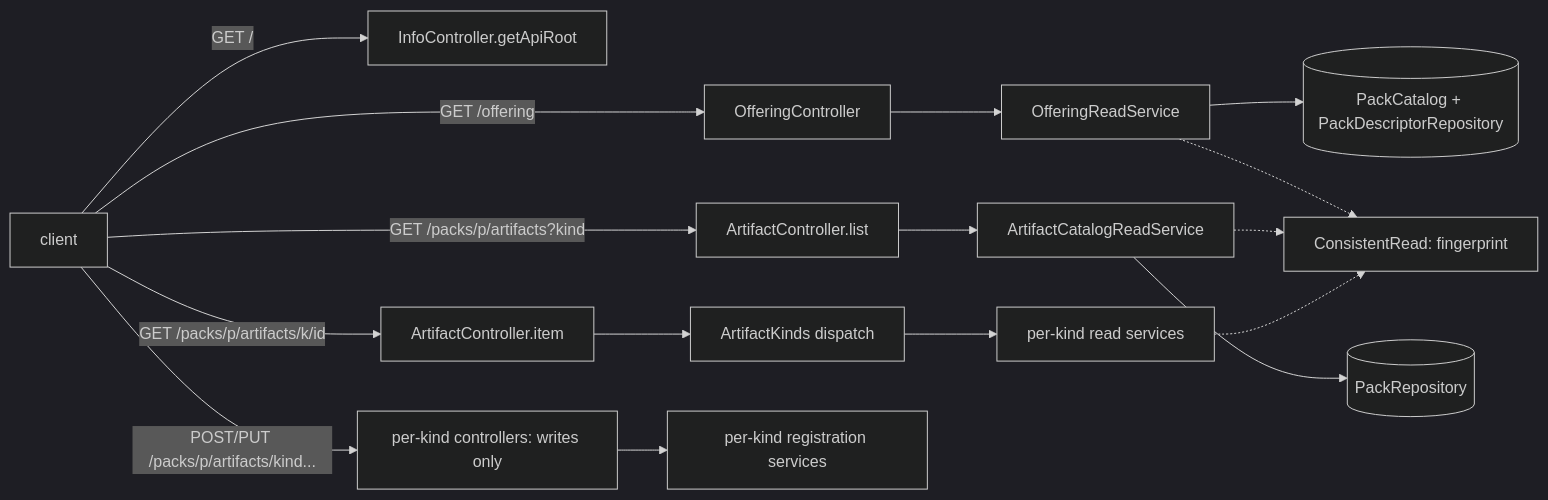
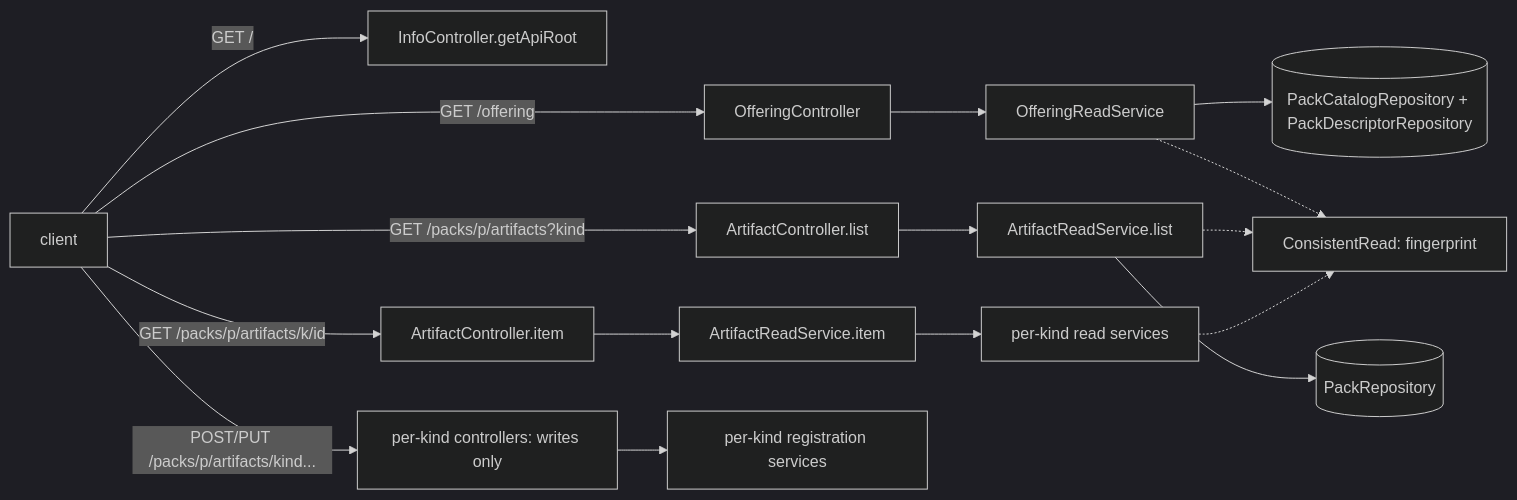
One commit to spec-kitty/spec-kitty-charter changed the diagram in kitty-specs/gate-a-read-surface-01M691ND/plan.md. Above: the diagram before and after it, drawn with Mermaid (dark theme). The commit also changed other lines of this file and 2 other files, not shown here.

First line of the commit message:
plan(gate-a-read-surface): fold analyze findings I1-I3, U1

````diff
--- a/kitty-specs/gate-a-read-surface-01M691ND/plan.md
+++ b/kitty-specs/gate-a-read-surface-01M691ND/plan.md
@@ -127,13 +127,13 @@
 ```mermaid
 flowchart LR
   C[client] -->|GET /| R[InfoController.getApiRoot]
   C -->|GET /offering| O[OfferingController]
   C -->|GET /packs/p/artifacts?kind| AL[ArtifactController.list]
   C -->|GET /packs/p/artifacts/k/id| AI[ArtifactController.item]
   C -->|POST/PUT /packs/p/artifacts/kind...| W[per-kind controllers: writes only]
-  O --> ORS[OfferingReadService] --> PC[(PackCatalog + PackDescriptorRepository)]
-  AL --> ACR[ArtifactCatalogReadService] --> PR[(PackRepository)]
-  AI --> K[ArtifactKinds dispatch] --> RS[per-kind read services]
+  O --> ORS[OfferingReadService] --> PC[(PackCatalogRepository + PackDescriptorRepository)]
+  AL --> ACR[ArtifactReadService.list] --> PR[(PackRepository)]
+  AI --> K[ArtifactReadService.item] --> RS[per-kind read services]
   W --> REG[per-kind registration services]
   ORS & ACR & RS -.-> CR[ConsistentRead: fingerprint]
 ```
````
